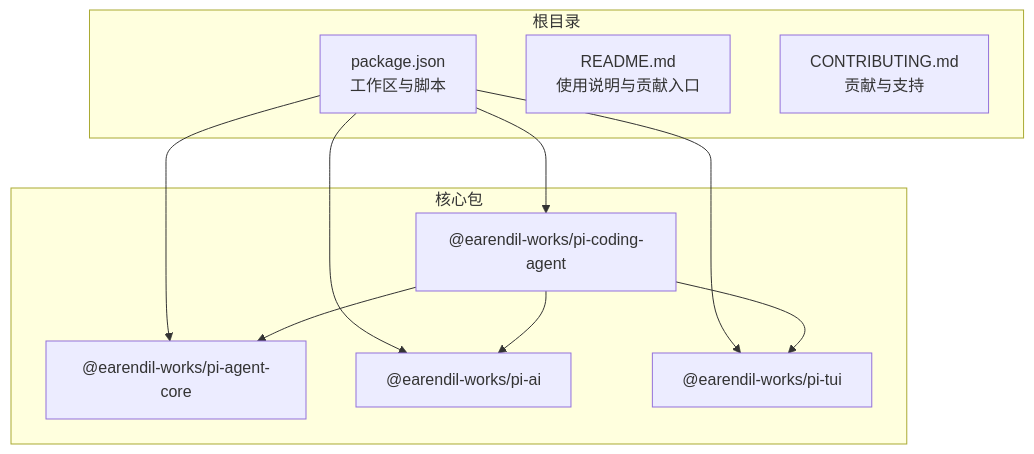
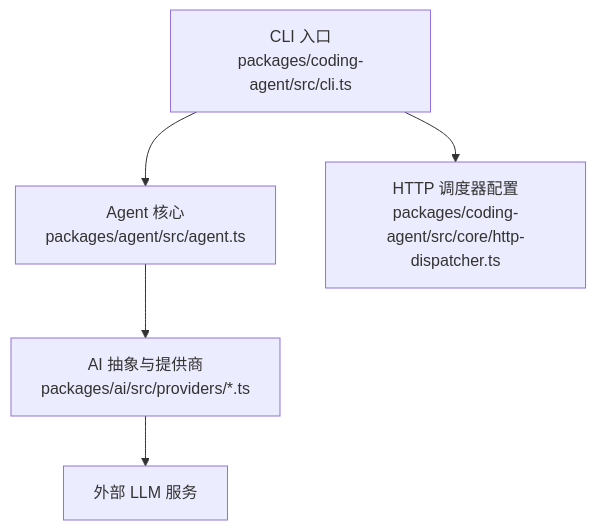
The first of 4 diagrams in .qoder/repowiki/zh/content/故障排除.md (haolange/pi), drawn with Mermaid before and after one commit. The commit also changed other lines of this file and 246 other files, not shown here.

````diff
--- a/.qoder/repowiki/zh/content/故障排除.md
+++ b/.qoder/repowiki/zh/content/故障排除.md
@@ -43,21 +31,7 @@
 ```mermaid
 graph TB
-subgraph "根目录"
-Pkg["package.json<br/>工作区与脚本"]
-Readme["README.md<br/>使用说明与贡献入口"]
-Contrib["CONTRIBUTING.md<br/>贡献与支持"]
-end
-subgraph "核心包"
-CA["@earendil-works/pi-coding-agent"]
-AG["@earendil-works/pi-agent-core"]
-AI["@earendil-works/pi-ai"]
-TUI["@earendil-works/pi-tui"]
-end
-Pkg --> CA
-Pkg --> AG
-Pkg --> AI
-Pkg --> TUI
-CA --> AG
-CA --> AI
-CA --> TUI
+A["CLI 入口<br/>packages/coding-agent/src/cli.ts"] --> B["Agent 核心<br/>packages/agent/src/agent.ts"]
+B --> C["AI 抽象与提供商<br/>packages/ai/src/providers/*.ts"]
+A --> D["HTTP 调度器配置<br/>packages/coding-agent/src/core/http-dispatcher.ts"]
+C --> E["外部 LLM 服务"]
 ```
````
